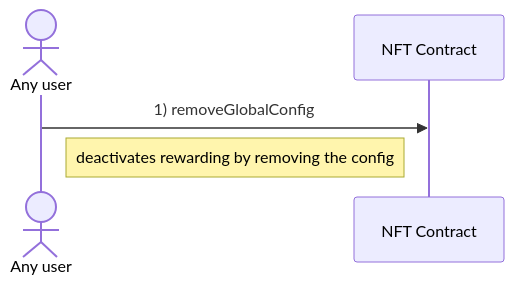
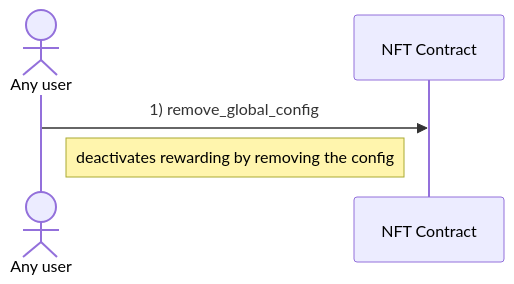
Before and after one commit to marc0olo/aens-nfts: the second of 6 diagrams in docs/diagrams/reward_users.md, drawn with Mermaid. The commit also changed other lines of this file and 17 other files, not shown here.

````diff
--- a/docs/diagrams/reward_users.md
+++ b/docs/diagrams/reward_users.md
@@ -37,6 +38,6 @@
 ```mermaid
 sequenceDiagram
     actor Any user
-    Any user ->> NFT Contract: 1) removeGlobalConfig
+    Any user ->> NFT Contract: 1) remove_global_config
     Note left of NFT Contract: deactivates rewarding by removing the config
 ```
````
